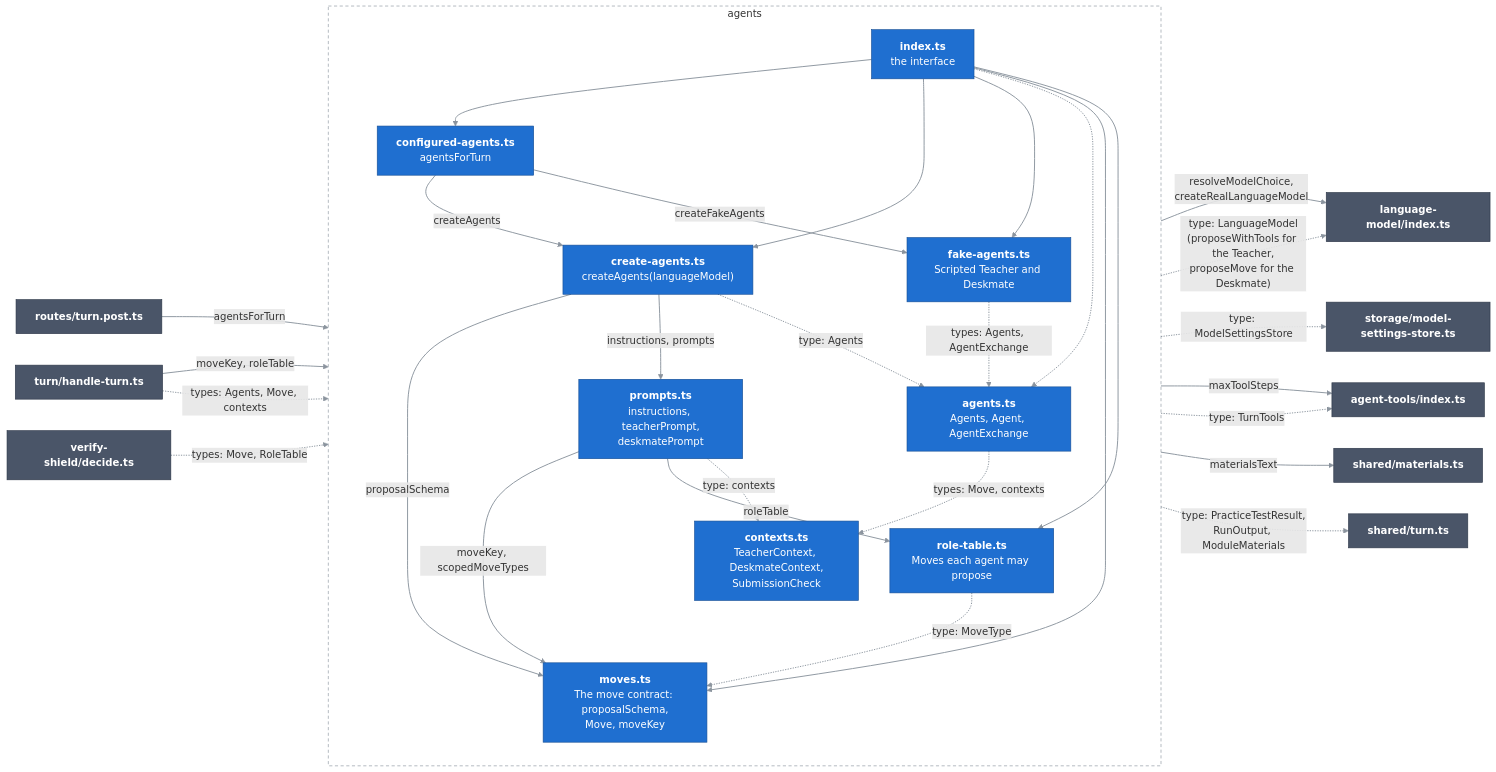
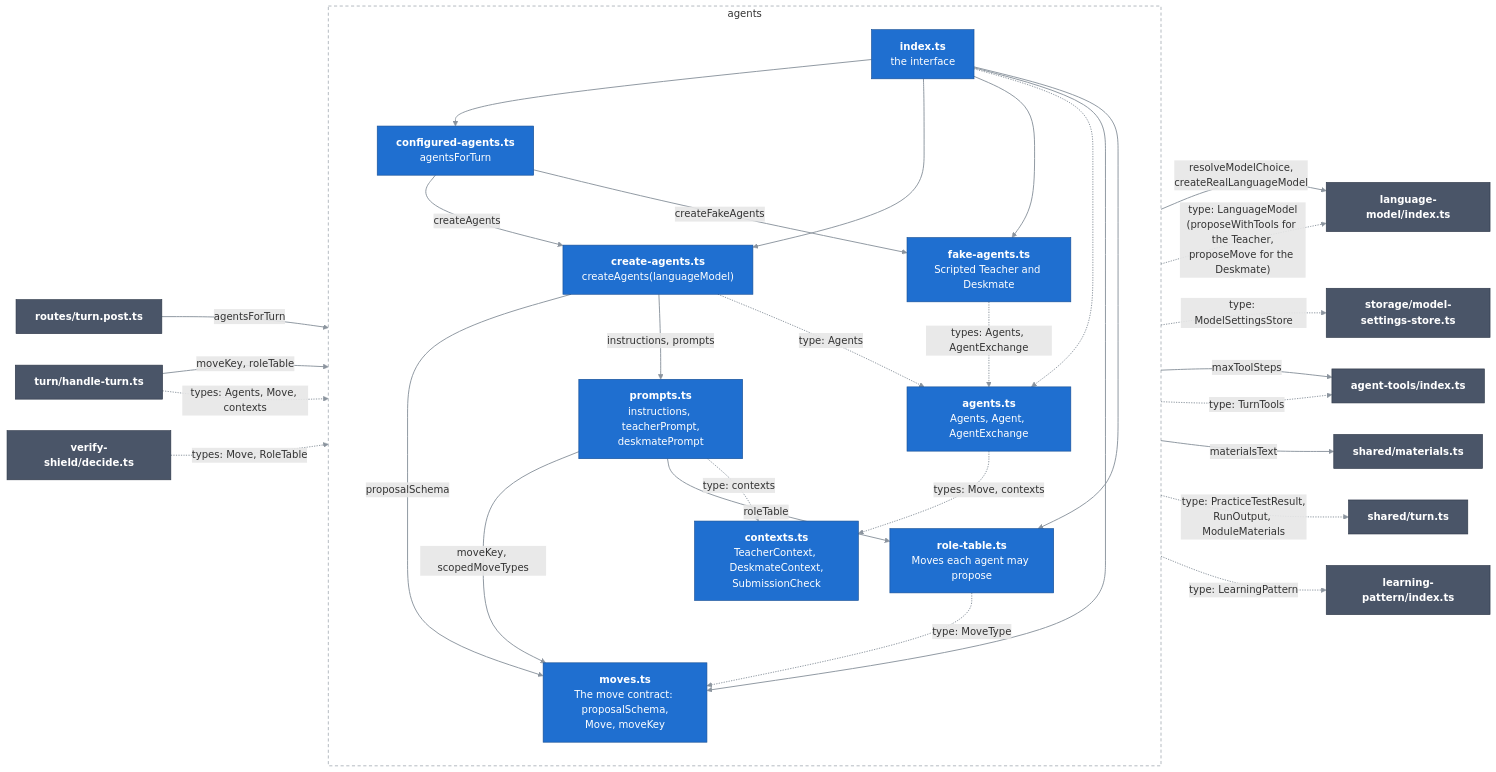
The diagram in docs/c4/03-components/server/06-agents.md (Bill2926/COS40005_HN9_Verifiable_Co-Learner_Agent), drawn with Mermaid before and after one commit. The commit also changed other lines of this file and 22 other files, not shown here.

First line of the commit message:
Give the teacher the student's learning pattern (#235)

````diff
--- a/docs/c4/03-components/server/06-agents.md
+++ b/docs/c4/03-components/server/06-agents.md
@@ -11,59 +11,62 @@
 ```mermaid
 flowchart LR
   classDef comp fill:#1f6fd0,stroke:#164f96,color:#ffffff
   classDef near fill:#4a5568,stroke:#2d3748,color:#ffffff
   linkStyle default stroke:#8b949e,stroke-width:1.5px
 
   routes["<b>routes/turn.post.ts</b>"]:::near
   turn["<b>turn/handle-turn.ts</b>"]:::near
   lm["<b>language-model/index.ts</b>"]:::near
   storage["<b>storage/model-settings-store.ts</b>"]:::near
   shield["<b>verify-shield/decide.ts</b>"]:::near
   turnTypes["<b>shared/turn.ts</b>"]:::near
   mat["<b>shared/materials.ts</b>"]:::near
   tools["<b>agent-tools/index.ts</b>"]:::near
 
   subgraph agents["agents"]
     direction TB
     index["<b>index.ts</b><br/>the interface"]:::comp
     configured["<b>configured-agents.ts</b><br/>agentsForTurn"]:::comp
     create["<b>create-agents.ts</b><br/>createAgents(languageModel)"]:::comp
     fake["<b>fake-agents.ts</b><br/>Scripted Teacher and Deskmate"]:::comp
     iface["<b>agents.ts</b><br/>Agents, Agent, AgentExchange"]:::comp
     prompts["<b>prompts.ts</b><br/>instructions, teacherPrompt,<br/>deskmatePrompt"]:::comp
     moves["<b>moves.ts</b><br/>The move contract: proposalSchema,<br/>Move, moveKey"]:::comp
     roles["<b>role-table.ts</b><br/>Moves each agent may propose"]:::comp
     contexts["<b>contexts.ts</b><br/>TeacherContext, DeskmateContext,<br/>SubmissionCheck"]:::comp
   end
+
+  pattern["<b>learning-pattern/index.ts</b>"]:::near
 
   routes -->|"agentsForTurn"| index
   turn -->|"moveKey, roleTable"| index
   turn -.->|"types: Agents, Move, contexts"| index
   shield -.->|"types: Move, RoleTable"| index
   index --> configured
   index --> create
   index --> fake
   index -.-> iface
   index --> moves
   index --> roles
   roles -.->|"type: MoveType"| moves
   configured -->|"resolveModelChoice,<br/>createRealLanguageModel"| lm
   configured -->|"createAgents"| create
   configured -->|"createFakeAgents"| fake
   configured -.->|"type: ModelSettingsStore"| storage
   create -.->|"type: LanguageModel<br/>(proposeWithTools for the Teacher,<br/>proposeMove for the Deskmate)"| lm
   create -->|"proposalSchema"| moves
   create -->|"maxToolSteps"| tools
   iface -.->|"type: TurnTools"| tools
   create -->|"instructions, prompts"| prompts
   create -.->|"type: Agents"| iface
   fake -.->|"types: Agents, AgentExchange"| iface
   prompts -->|"materialsText"| mat
   prompts -->|"moveKey, scopedMoveTypes"| moves
   prompts -->|"roleTable"| roles
   prompts -.->|"type: contexts"| contexts
   iface -.->|"types: Move, contexts"| contexts
   contexts -.->|"type: PracticeTestResult,<br/>RunOutput, ModuleMaterials"| turnTypes
+  contexts -.->|"type: LearningPattern"| pattern
 
   style agents fill:none,stroke:#8b949e,stroke-dasharray:5 4
 ```
````
